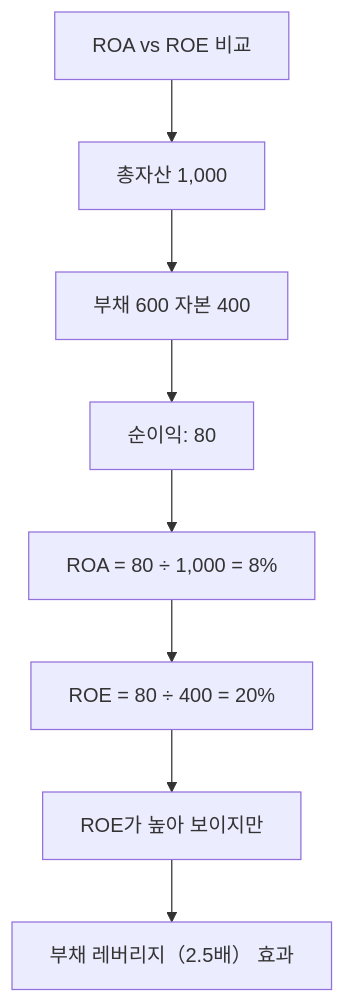
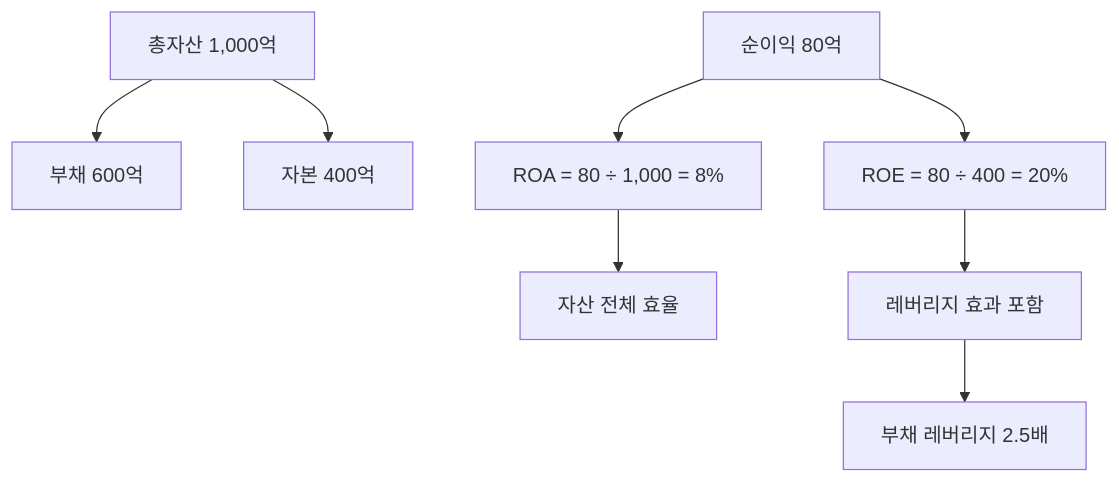
The diagram in content/stock-terms/ko/level-04-ratios/roa.md (yeongseon/stock-visual-note), drawn with Mermaid before and after one commit. The commit also changed other lines of this file and 96 other files, not shown here.

Commit message:
Rewrite all 98 remaining articles: branching Mermaid diagrams, natural search_intent, compelling seo_titles, clean descriptions

````diff
--- a/content/stock-terms/ko/level-04-ratios/roa.md
+++ b/content/stock-terms/ko/level-04-ratios/roa.md
@@ -39,18 +39,11 @@
 ```mermaid
 graph TD
-    N0["ROA vs ROE 비교"]
-    N1["총자산 1,000"]
-    N2["부채 600 자본 400"]
-    N3["순이익: 80"]
-    N4["ROA = 80 ÷ 1,000 = 8%"]
-    N5["ROE = 80 ÷ 400 = 20%"]
-    N6["ROE가 높아 보이지만"]
-    N7["부채 레버리지（2.5배） 효과"]
-    N0 --> N1
-    N1 --> N2
-    N2 --> N3
-    N3 --> N4
-    N4 --> N5
-    N5 --> N6
-    N6 --> N7
+    A["총자산 1,000억"]
+    A --> B["부채 600억"]
+    A --> C["자본 400억"]
+    D["순이익 80억"] --> E["ROA = 80 ÷ 1,000 = 8%"]
+    D --> F["ROE = 80 ÷ 400 = 20%"]
+    E --> G["자산 전체 효율"]
+    F --> H["레버리지 효과 포함"]
+    H --> I["부채 레버리지 2.5배"]
 ```
````
